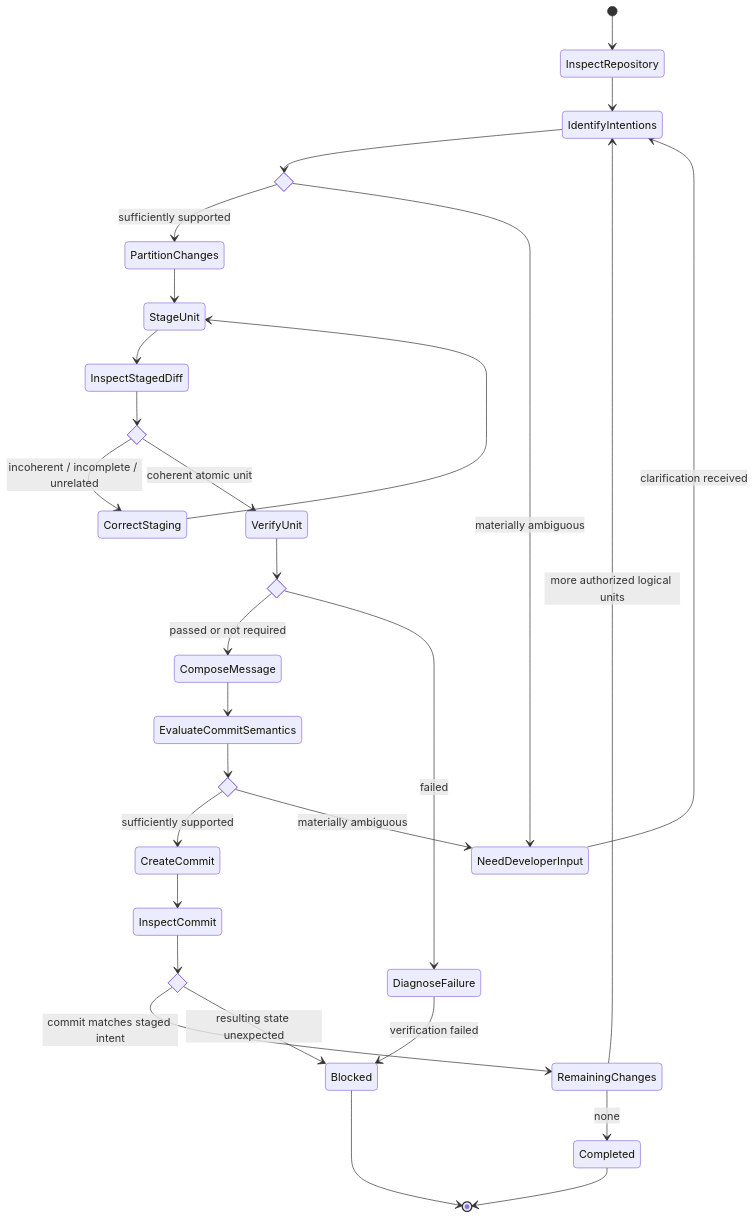
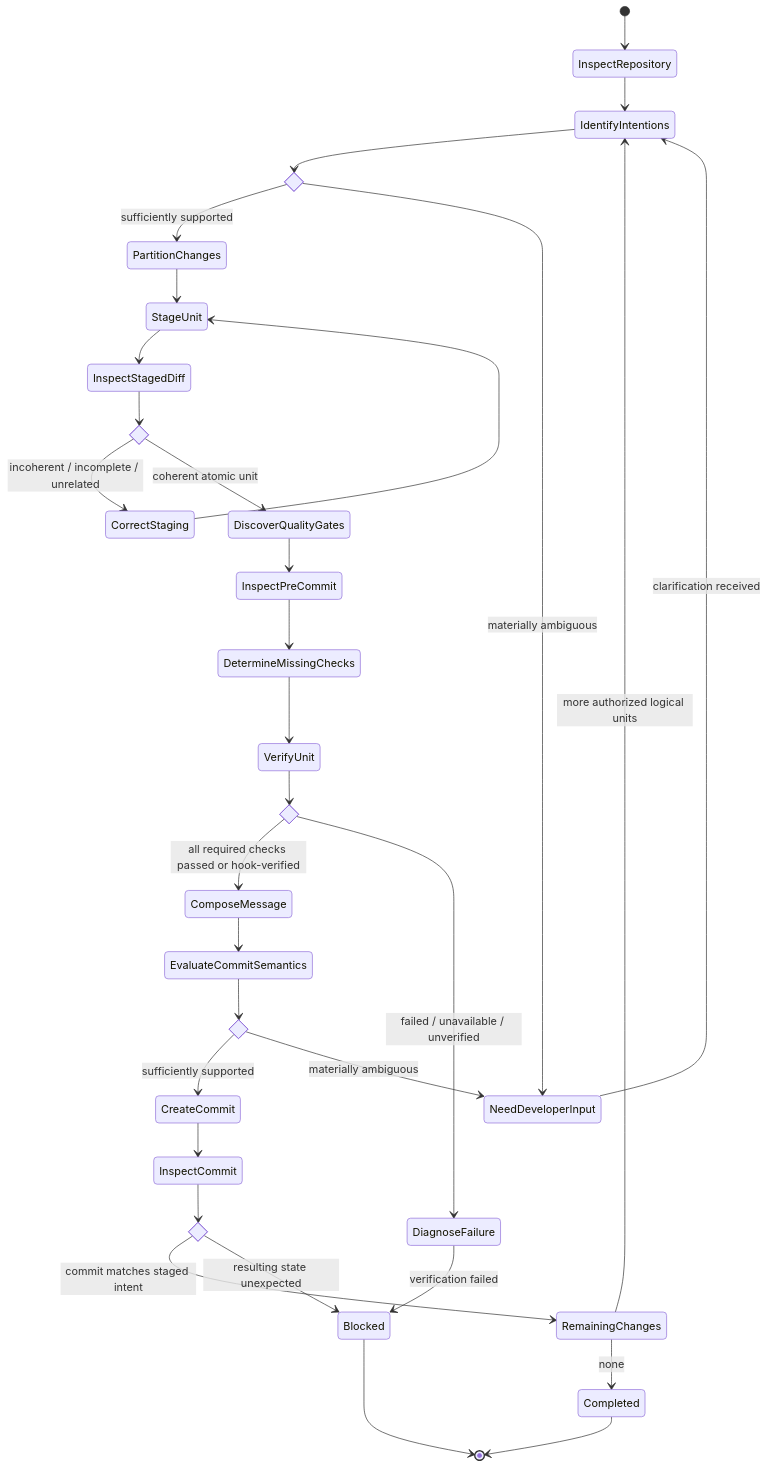
The diagram in contexts/git/skills/create-semantic-commits/skill.md (JadsonLucena/agent-toolkit), drawn with Mermaid before and after one commit. The commit also changed other lines of this file, not shown here.

Commit message:
feat(git): enforce quality gates in commit workflow

````diff
--- a/contexts/git/skills/create-semantic-commits/skill.md
+++ b/contexts/git/skills/create-semantic-commits/skill.md
@@ -21,47 +21,50 @@
 ```mermaid
 stateDiagram-v2
     [*] --> InspectRepository
     InspectRepository --> IdentifyIntentions
 
     state IntentEvidence <<choice>>
     IdentifyIntentions --> IntentEvidence
     IntentEvidence --> PartitionChanges: sufficiently supported
     IntentEvidence --> NeedDeveloperInput: materially ambiguous
     NeedDeveloperInput --> IdentifyIntentions: clarification received
 
     PartitionChanges --> StageUnit
     StageUnit --> InspectStagedDiff
 
     state StagedUnit <<choice>>
     InspectStagedDiff --> StagedUnit
     StagedUnit --> CorrectStaging: incoherent / incomplete / unrelated
     CorrectStaging --> StageUnit
-    StagedUnit --> VerifyUnit: coherent atomic unit
+    StagedUnit --> DiscoverQualityGates: coherent atomic unit
+    DiscoverQualityGates --> InspectPreCommit
+    InspectPreCommit --> DetermineMissingChecks
+    DetermineMissingChecks --> VerifyUnit
 
     state Verification <<choice>>
     VerifyUnit --> Verification
-    Verification --> ComposeMessage: passed or not required
-    Verification --> DiagnoseFailure: failed
+    Verification --> ComposeMessage: all required checks passed or hook-verified
+    Verification --> DiagnoseFailure: failed / unavailable / unverified
 
     DiagnoseFailure --> Blocked: verification failed
     ComposeMessage --> EvaluateCommitSemantics
 
     state CommitSemantics <<choice>>
     EvaluateCommitSemantics --> CommitSemantics
     CommitSemantics --> CreateCommit: sufficiently supported
     CommitSemantics --> NeedDeveloperInput: materially ambiguous
 
     CreateCommit --> InspectCommit
 
     state CommitValid <<choice>>
     InspectCommit --> CommitValid
     CommitValid --> RemainingChanges: commit matches staged intent
     CommitValid --> Blocked: resulting state unexpected
 
     state RemainingChanges <<choice>>
     RemainingChanges --> IdentifyIntentions: more authorized logical units
     RemainingChanges --> Completed: none
 
     Completed --> [*]
     Blocked --> [*]
 ```
````
